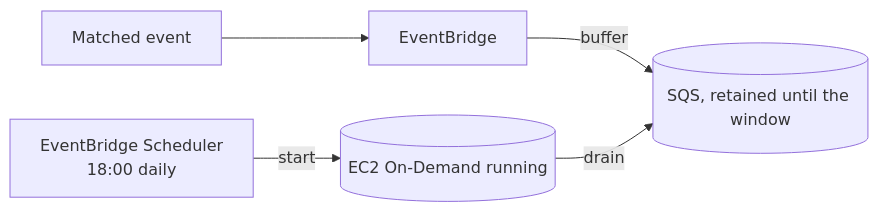
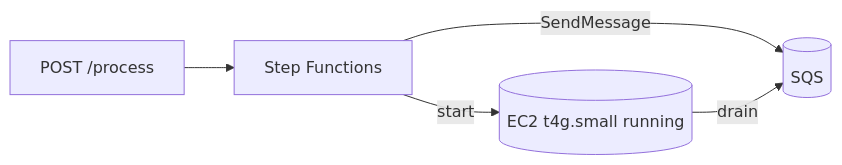
Before and after one commit to teddynted/ai-github-repository-blog-generator: the first of 2 diagrams in docs/cost-optimization.md, drawn with Mermaid. The commit also changed other lines of this file and 2 other files, not shown here.

First line of the commit message:
docs(cost,roadmap,monitoring): rework for the new architecture (Stage D)

````diff
--- a/docs/cost-optimization.md
+++ b/docs/cost-optimization.md
@@ -36,7 +35,7 @@
 ```mermaid
 flowchart LR
-    WH[Matched event] --> EB[EventBridge]
-    EB -->|buffer| SQS[(SQS, retained until the window)]
-    SCH[EventBridge Scheduler<br/>18:00 daily] -->|start| EC2[(EC2 On-Demand running)]
+    P[POST /process] --> SFN[Step Functions]
+    SFN -->|start| EC2[(EC2 t4g.small running)]
+    SFN -->|SendMessage| SQS[(SQS)]
     EC2 -->|drain| SQS
 ```
````
